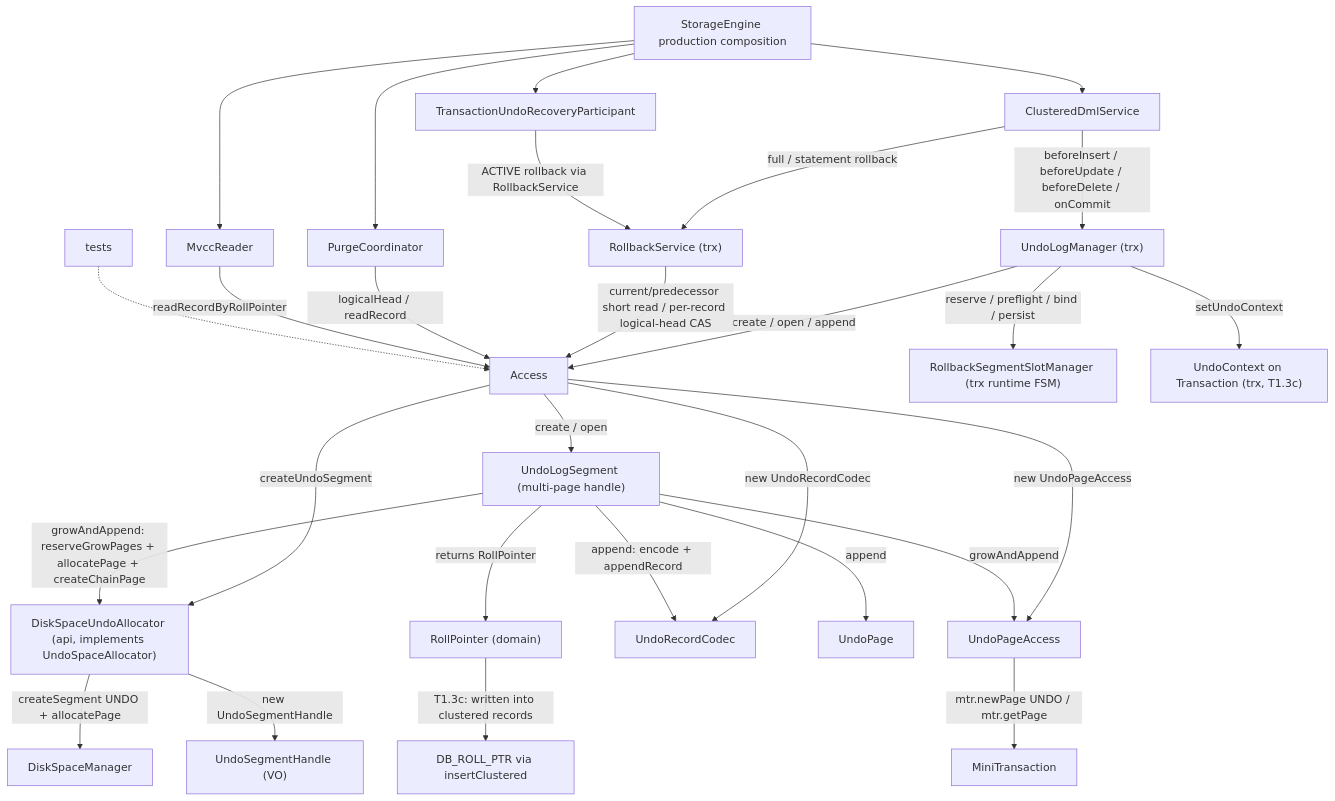
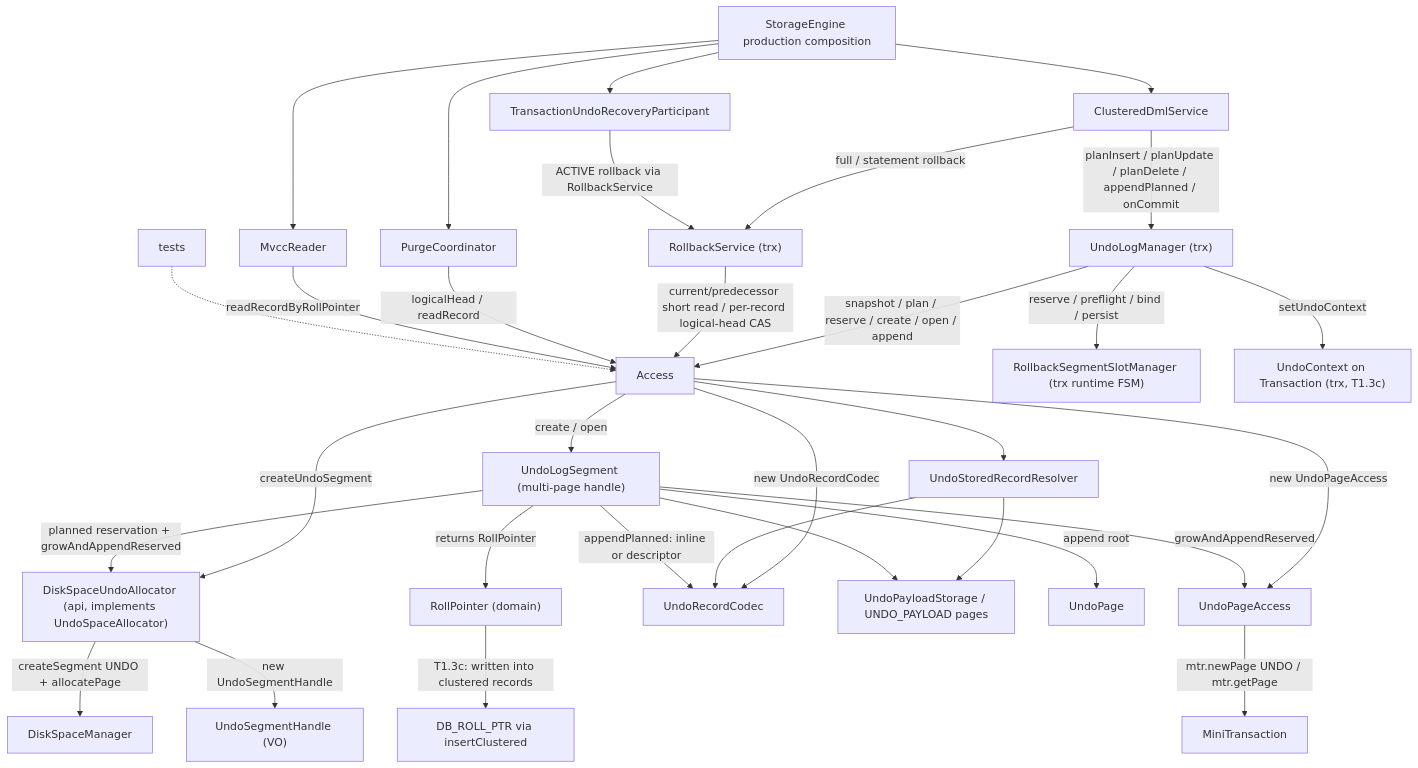
One commit to mywnlb/dbtest changed the ninth of 9 diagrams in docs/design/current-implementation-map.md. Above: the diagram before and after it, drawn with Mermaid. The commit also changed other lines of this file and 32 other files, not shown here.

Commit message:
feat(undo): support external record payloads

````diff
--- a/docs/design/current-implementation-map.md
+++ b/docs/design/current-implementation-map.md
@@ -515,30 +516,34 @@
 ```mermaid
 flowchart TD
   Engine["StorageEngine production composition"] --> Dml["ClusteredDmlService"]
   Engine --> Recovery["TransactionUndoRecoveryParticipant"]
   Engine --> Purge["PurgeCoordinator"]
-  Dml -->|beforeInsert / beforeUpdate / beforeDelete / onCommit| UndoMgr["UndoLogManager (trx)"]
+  Dml -->|planInsert / planUpdate / planDelete / appendPlanned / onCommit| UndoMgr["UndoLogManager (trx)"]
   Dml -->|full / statement rollback| Rollback["RollbackService (trx)"]
   Engine --> Mvcc["MvccReader"]
-  UndoMgr -->|create / open / append| Access
+  UndoMgr -->|snapshot / plan / reserve / create / open / append| Access
   Rollback -->|current/predecessor short read / per-record logical-head CAS| Access
   Recovery -->|ACTIVE rollback via RollbackService| Rollback
   Purge -->|logicalHead / readRecord| Access
   Mvcc -->|readRecordByRollPointer| Access
   Tests["tests"] -.-> Access
   Access -->|create / open| Segment["UndoLogSegment (multi-page handle)"]
   Access -->|createUndoSegment| Adapter["DiskSpaceUndoAllocator (api, implements UndoSpaceAllocator)"]
   Adapter -->|createSegment UNDO + allocatePage| DSM["DiskSpaceManager"]
   Adapter -->|new UndoSegmentHandle| Handle["UndoSegmentHandle (VO)"]
   Access -->|new UndoPageAccess| PageAccess["UndoPageAccess"]
   Access -->|new UndoRecordCodec| Codec["UndoRecordCodec"]
-  Segment -->|append: encode + appendRecord| Codec
-  Segment -->|append| Page["UndoPage"]
-  Segment -->|growAndAppend: reserveGrowPages + allocatePage + createChainPage| Adapter
-  Segment -->|growAndAppend| PageAccess
+  Access --> Resolver["UndoStoredRecordResolver"]
+  Resolver --> Codec
+  Resolver --> Payload["UndoPayloadStorage / UNDO_PAYLOAD pages"]
+  Segment -->|appendPlanned: inline or descriptor| Codec
+  Segment -->|append root| Page["UndoPage"]
+  Segment --> Payload
+  Segment -->|planned reservation + growAndAppendReserved| Adapter
+  Segment -->|growAndAppendReserved| PageAccess
   PageAccess -->|mtr.newPage UNDO / mtr.getPage| Mtr["MiniTransaction"]
   Segment -->|returns RollPointer| RP["RollPointer (domain)"]
   RP -->|T1.3c: written into clustered records| Clustered["DB_ROLL_PTR via insertClustered"]
   UndoMgr -->|reserve / preflight / bind / persist| Slots["RollbackSegmentSlotManager (trx runtime FSM)"]
   UndoMgr -->|setUndoContext| TxnCtx["UndoContext on Transaction (trx, T1.3c)"]
 ```
````
